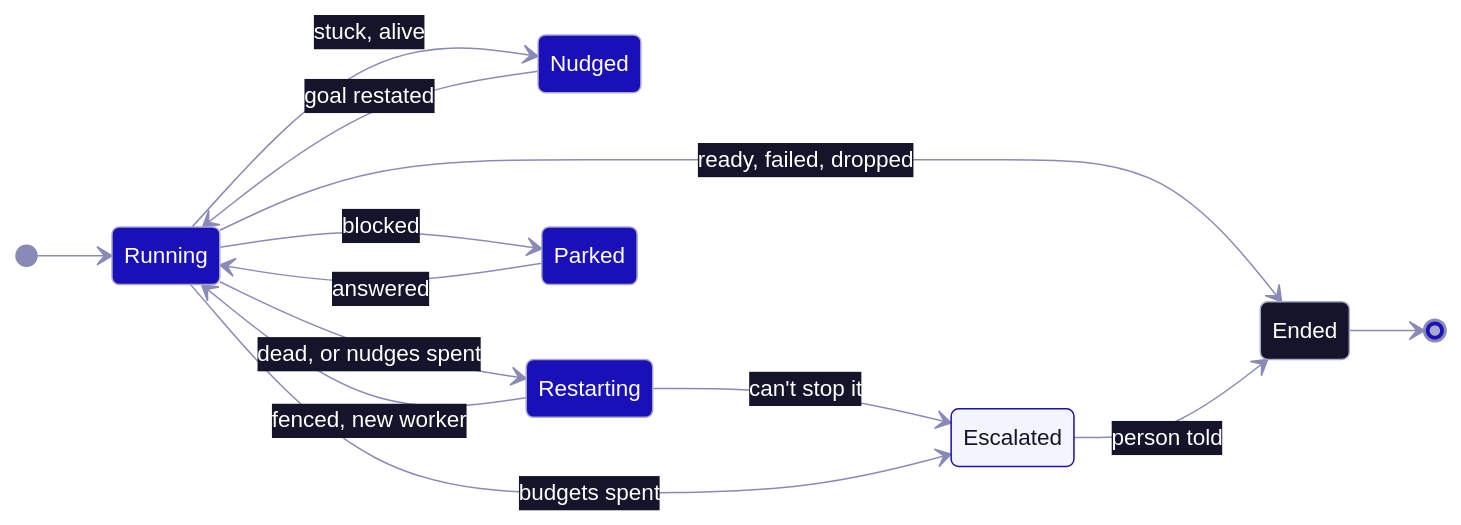
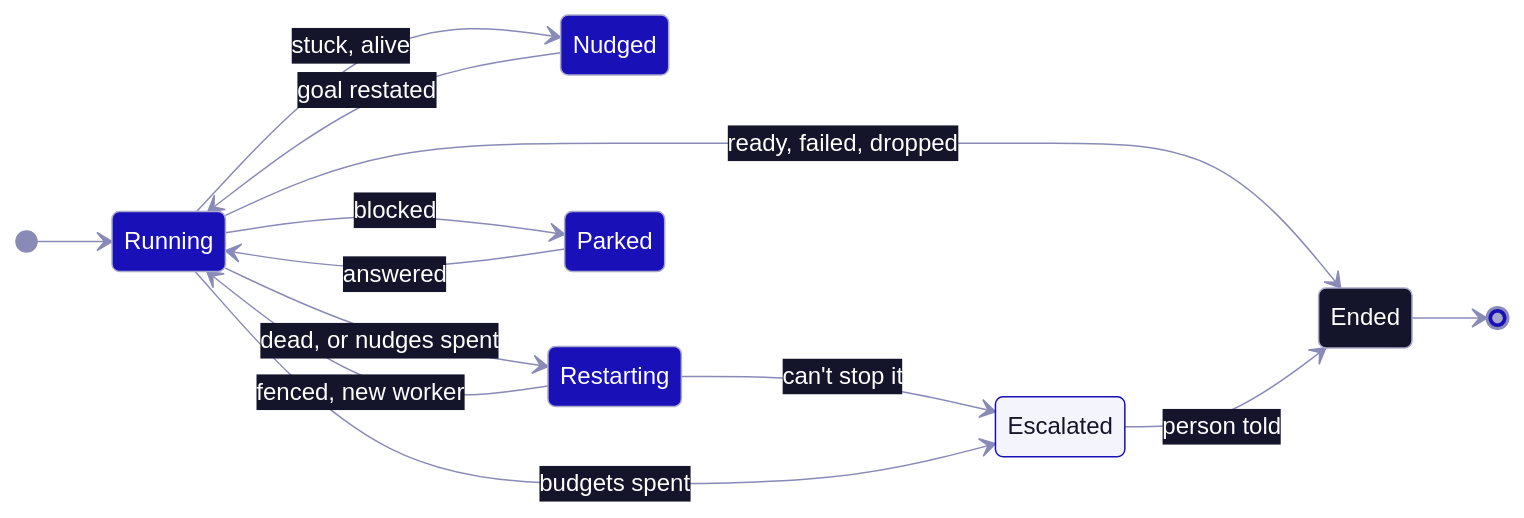
The third of 3 diagrams in README.md (AirKyzzZ/hermes-superagent), drawn with Mermaid before and after one commit. The commit also changed other lines of this file, not shown here.

Commit message:
docs: fix diagram label clipping and control overlap on github

````diff
--- a/README.md
+++ b/README.md
@@ -123,22 +123,22 @@
 ```mermaid
-%%{init: {"theme":"base","themeVariables":{"fontFamily":"Inter, system-ui, sans-serif","fontSize":"15px","primaryColor":"#1a10b8","primaryTextColor":"#ffffff","primaryBorderColor":"#a9a9cc","lineColor":"#8a8ab8","textColor":"#ffffff","transitionColor":"#8a8ab8","transitionLabelColor":"#ffffff","stateLabelColor":"#ffffff","stateBkg":"#1a10b8","labelBackgroundColor":"#14142a","edgeLabelBackground":"#14142a","specialStateColor":"#8a8ab8","innerEndBackground":"#8a8ab8"}}}%%
+%%{init: {"theme":"base","layout":"dagre","themeVariables":{"primaryColor":"#1a10b8","primaryTextColor":"#ffffff","primaryBorderColor":"#a9a9cc","lineColor":"#8a8ab8","textColor":"#ffffff","transitionColor":"#8a8ab8","transitionLabelColor":"#ffffff","stateLabelColor":"#ffffff","stateBkg":"#1a10b8","labelBackgroundColor":"#14142a","edgeLabelBackground":"#14142a","specialStateColor":"#8a8ab8","innerEndBackground":"#8a8ab8"}}}%%
 stateDiagram-v2
     direction LR
     [*] --> Running
     Running --> Nudged: stuck, alive
     Nudged --> Running: goal restated
     Running --> Restarting: dead, or nudges spent
     Restarting --> Running: fenced, new worker
     Restarting --> Escalated: can't stop it
     Running --> Escalated: budgets spent
     Running --> Parked: blocked
     Parked --> Running: answered
     Running --> Ended: ready, failed, dropped
     Escalated --> Ended: person told
     Ended --> [*]
 
     classDef ended fill:#14142a,color:#ffffff,stroke:#a9a9cc
     classDef alert fill:#f4f4fd,color:#14142a,stroke:#1a10b8
     class Ended ended
     class Escalated alert
 ```
````
